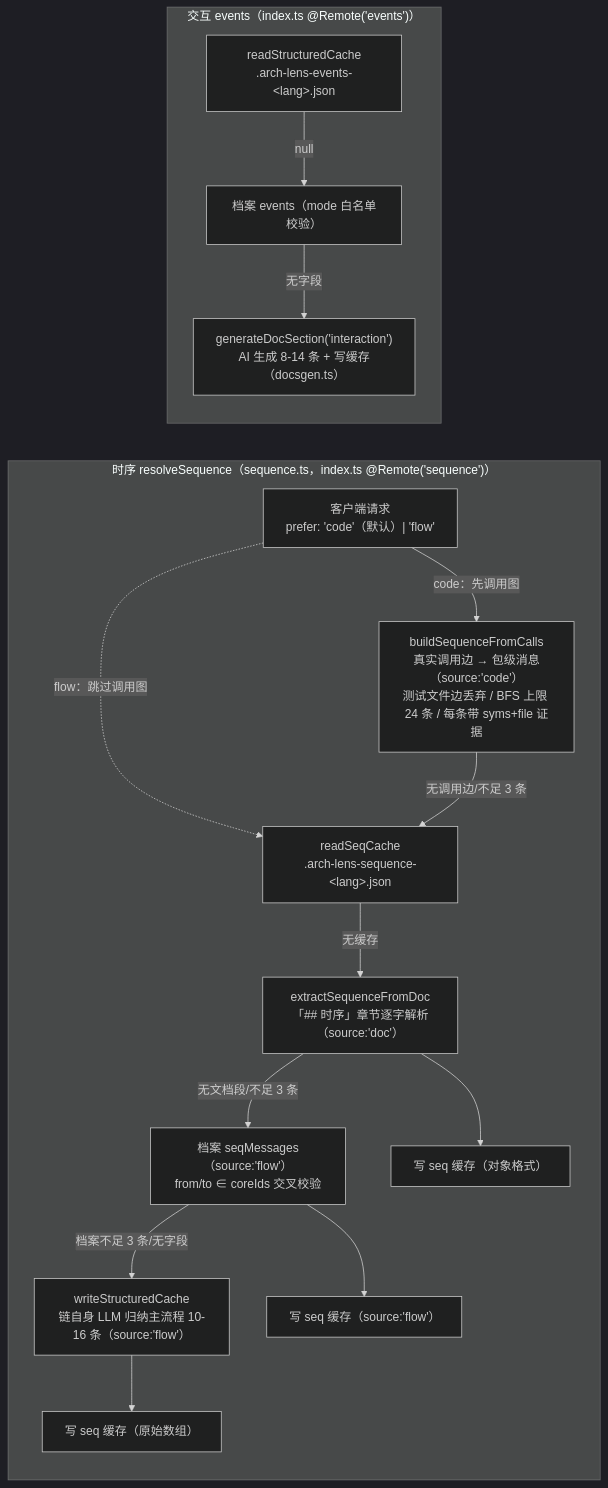
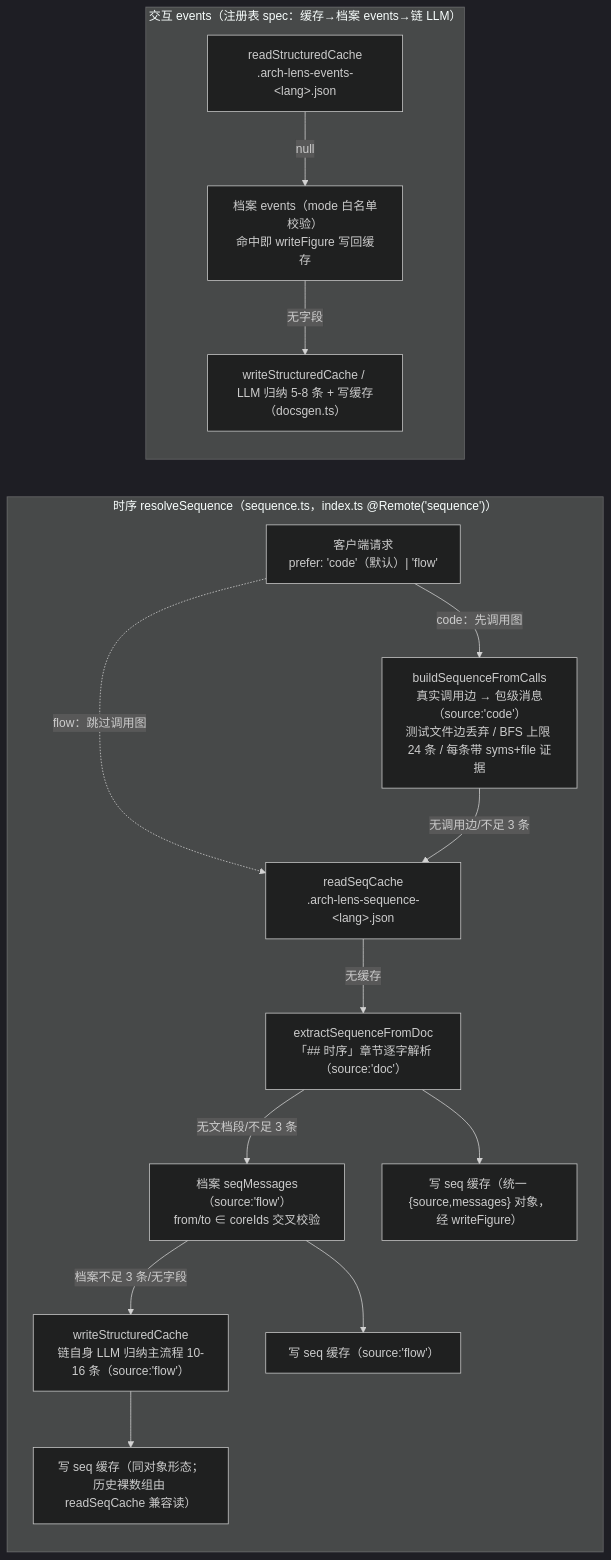
One commit to gwj001/arch-lens changed the fifth of 13 diagrams in docs/arch-lens-diagrams.md. Above: the diagram before and after it, drawn with Mermaid (dark theme). The commit also changed other lines of this file and 1 other file, not shown here.

Commit message:
docs(arch-lens): 阶段5 文档对齐最终链路——overview 重写（factsVersion/版本信封/图注册表/统一写路径/两段式级联失效/文档组装 机制4·5·10，8 Tab 速览，42 remote 清单）；diagrams 修订（图3附 文件存储与信封语义、图4 文档组装链、图5 D5 完整链与统一形态、图8 刷新三件套新语义、图10 事实脊柱）+ 新增'重构补记：唯一事实真相与废弃面'（D6 标注，wire 不删）

````diff
--- a/docs/arch-lens-diagrams.md
+++ b/docs/arch-lens-diagrams.md
@@ -303,27 +305,27 @@
 ```mermaid
 flowchart LR
     subgraph SEQ_CHAIN["时序 resolveSequence（sequence.ts，index.ts @Remote('sequence')）"]
         Q0["客户端请求<br/>prefer: 'code'（默认）| 'flow'"]
         Q1["buildSequenceFromCalls<br/>真实调用边 → 包级消息（source:'code'）<br/>测试文件边丢弃 / BFS 上限 24 条 / 每条带 syms+file 证据"]
         Q2["readSeqCache<br/>.arch-lens-sequence-&lt;lang&gt;.json"]
         Q3["extractSequenceFromDoc<br/>「## 时序」章节逐字解析（source:'doc'）"]
         Q3P["档案 seqMessages（source:'flow'）<br/>from/to ∈ coreIds 交叉校验"]
         Q4["writeStructuredCache<br/>链自身 LLM 归纳主流程 10-16 条（source:'flow'）"]
         Q0 -->|"code：先调用图"| Q1
         Q0 -.->|"flow：跳过调用图"| Q2
         Q1 -->|"无调用边/不足 3 条"| Q2
         Q2 -->|"无缓存"| Q3
         Q3 -->|"无文档段/不足 3 条"| Q3P
         Q3P -->|"档案不足 3 条/无字段"| Q4
-        Q3 --> Q3C["写 seq 缓存（对象格式）"]
+        Q3 --> Q3C["写 seq 缓存（统一 {source,messages} 对象，经 writeFigure）"]
         Q3P --> Q3PC["写 seq 缓存（source:'flow'）"]
-        Q4 --> Q4C["写 seq 缓存（原始数组）"]
+        Q4 --> Q4C["写 seq 缓存（同对象形态；历史裸数组由 readSeqCache 兼容读）"]
     end
-    subgraph EVENTS_CHAIN["交互 events（index.ts @Remote('events')）"]
+    subgraph EVENTS_CHAIN["交互 events（注册表 spec：缓存→档案 events→链 LLM）"]
         E1["readStructuredCache<br/>.arch-lens-events-&lt;lang&gt;.json"]
-        E1P["档案 events（mode 白名单校验）"]
-        E2["generateDocSection('interaction')<br/>AI 生成 8-14 条 + 写缓存（docsgen.ts）"]
+        E1P["档案 events（mode 白名单校验）<br/>命中即 writeFigure 写回缓存"]
+        E2["writeStructuredCache / LLM 归纳 5-8 条 + 写缓存（docsgen.ts）"]
         E1 -->|"null"| E1P
         E1P -->|"无字段"| E2
     end
 ```
````
